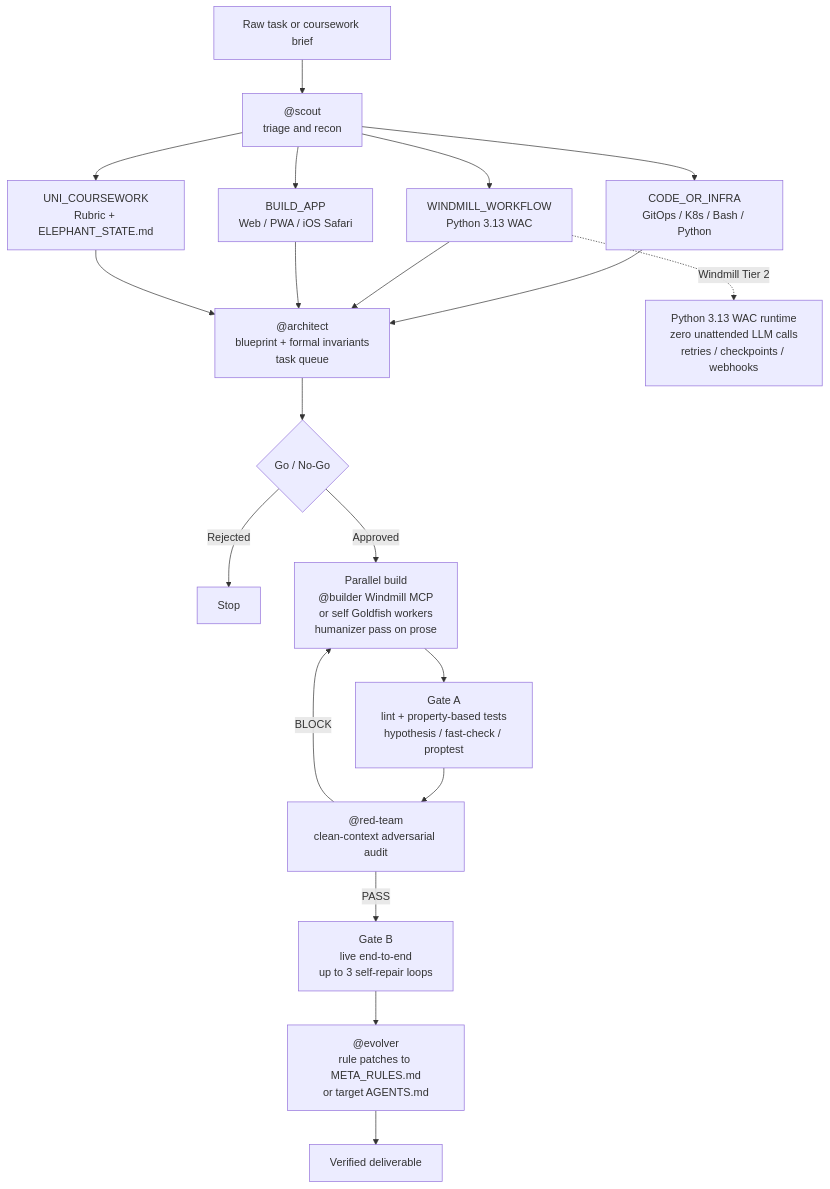
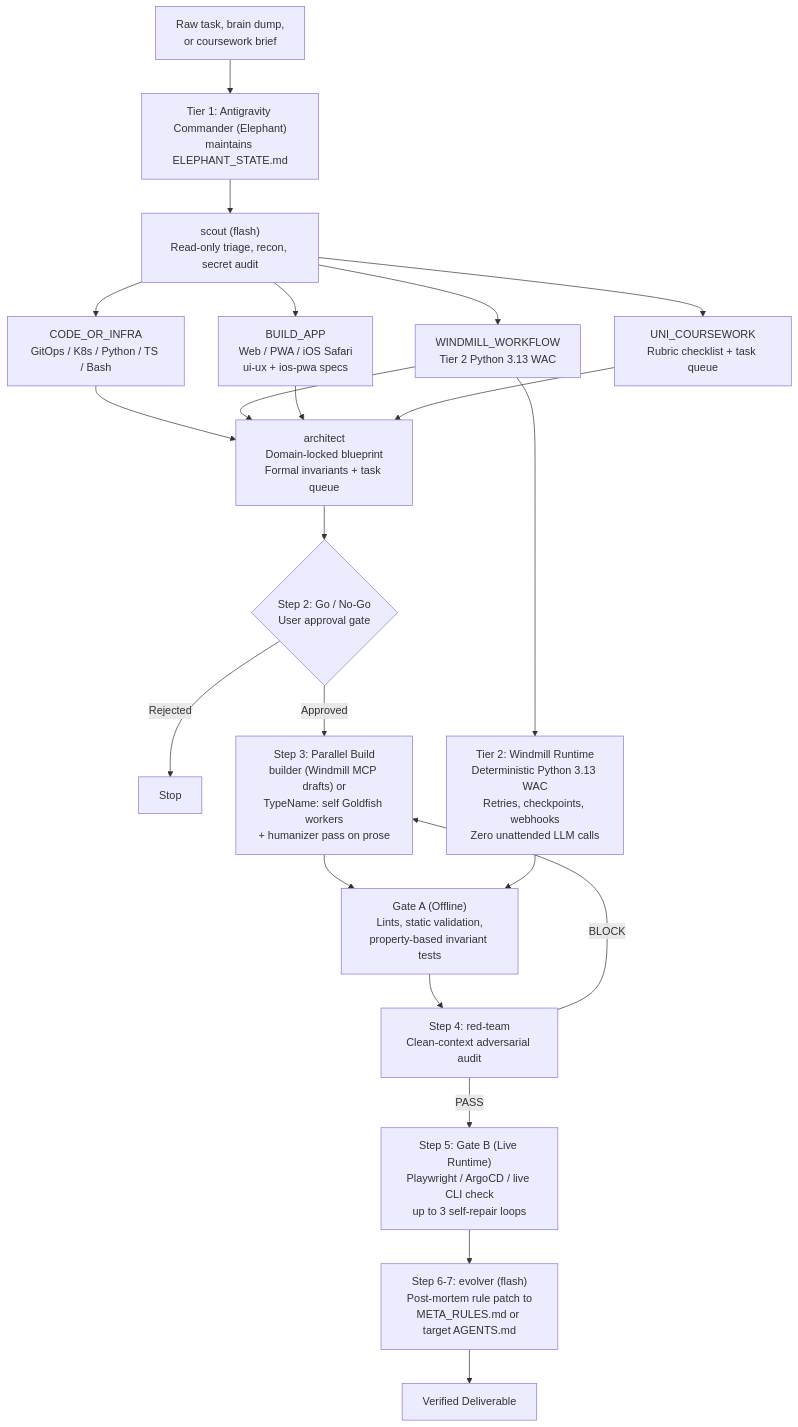
Before and after one commit to oranmcclintock/windmill-factory: the diagram in README.md, drawn with Mermaid. The commit also changed 40 other files, not shown here.

Commit message:
chore: remove duplicate .claude skills, track tokens.css, fix Mermaid line breaks

````diff
--- a/README.md
+++ b/README.md
@@ -40,28 +40,30 @@
 ```mermaid
 flowchart TD
-    Task["Raw task or coursework brief"] --> Scout["@scout\ntriage and recon"]
+    Task["Raw task, brain dump,<br/>or coursework brief"] --> Commander["Tier 1: Antigravity Commander (Elephant)<br/>maintains ELEPHANT_STATE.md"]
+    Commander --> Scout["scout (flash)<br/>Read-only triage, recon, secret audit"]
 
-    Scout --> CI["CODE_OR_INFRA\nGitOps / K8s / Bash / Python"]
-    Scout --> WW["WINDMILL_WORKFLOW\nPython 3.13 WAC"]
-    Scout --> BA["BUILD_APP\nWeb / PWA / iOS Safari"]
-    Scout --> UC["UNI_COURSEWORK\nRubric + ELEPHANT_STATE.md"]
+    Scout --> CI["CODE_OR_INFRA<br/>GitOps / K8s / Python / TS / Bash"]
+    Scout --> WW["WINDMILL_WORKFLOW<br/>Tier 2 Python 3.13 WAC"]
+    Scout --> BA["BUILD_APP<br/>Web / PWA / iOS Safari<br/>ui-ux + ios-pwa specs"]
+    Scout --> UC["UNI_COURSEWORK<br/>Rubric checklist + task queue"]
 
-    CI --> Arch["@architect\nblueprint + formal invariants\ntask queue"]
+    CI --> Arch["architect<br/>Domain-locked blueprint<br/>Formal invariants + task queue"]
     WW --> Arch
     BA --> Arch
     UC --> Arch
 
-    Arch --> GNG{"Go / No-Go"}
+    Arch --> GNG{"Step 2: Go / No-Go<br/>User approval gate"}
     GNG -->|Rejected| Stop["Stop"]
 
-    GNG -->|Approved| Build["Parallel build\n@builder Windmill MCP\nor self Goldfish workers\nhumanizer pass on prose"]
+    GNG -->|Approved| Build["Step 3: Parallel Build<br/>builder (Windmill MCP drafts) or<br/>TypeName: self Goldfish workers<br/>+ humanizer pass on prose"]
 
-    Build --> GateA["Gate A\nlint + property-based tests\nhypothesis / fast-check / proptest"]
-    GateA --> RT["@red-team\nclean-context adversarial audit"]
+    Build --> GateA["Gate A (Offline)<br/>Lints, static validation,<br/>property-based invariant tests"]
+    GateA --> RT["Step 4: red-team<br/>Clean-context adversarial audit"]
     RT -->|BLOCK| Build
-    RT -->|PASS| GateB["Gate B\nlive end-to-end\nup to 3 self-repair loops"]
-    GateB --> Ev["@evolver\nrule patches to META_RULES.md\nor target AGENTS.md"]
-    Ev --> Done["Verified deliverable"]
+    RT -->|PASS| GateB["Step 5: Gate B (Live Runtime)<br/>Playwright / ArgoCD / live CLI check<br/>up to 3 self-repair loops"]
+    GateB --> Ev["Step 6-7: evolver (flash)<br/>Post-mortem rule patch to<br/>META_RULES.md or target AGENTS.md"]
+    Ev --> Done["Verified Deliverable"]
 
-    WW -.->|Windmill Tier 2| Wmill["Python 3.13 WAC runtime\nzero unattended LLM calls\nretries / checkpoints / webhooks"]
+    WW --> Wmill["Tier 2: Windmill Runtime<br/>Deterministic Python 3.13 WAC<br/>Retries, checkpoints, webhooks<br/>Zero unattended LLM calls"]
+    Wmill --> GateA
 ```
````
